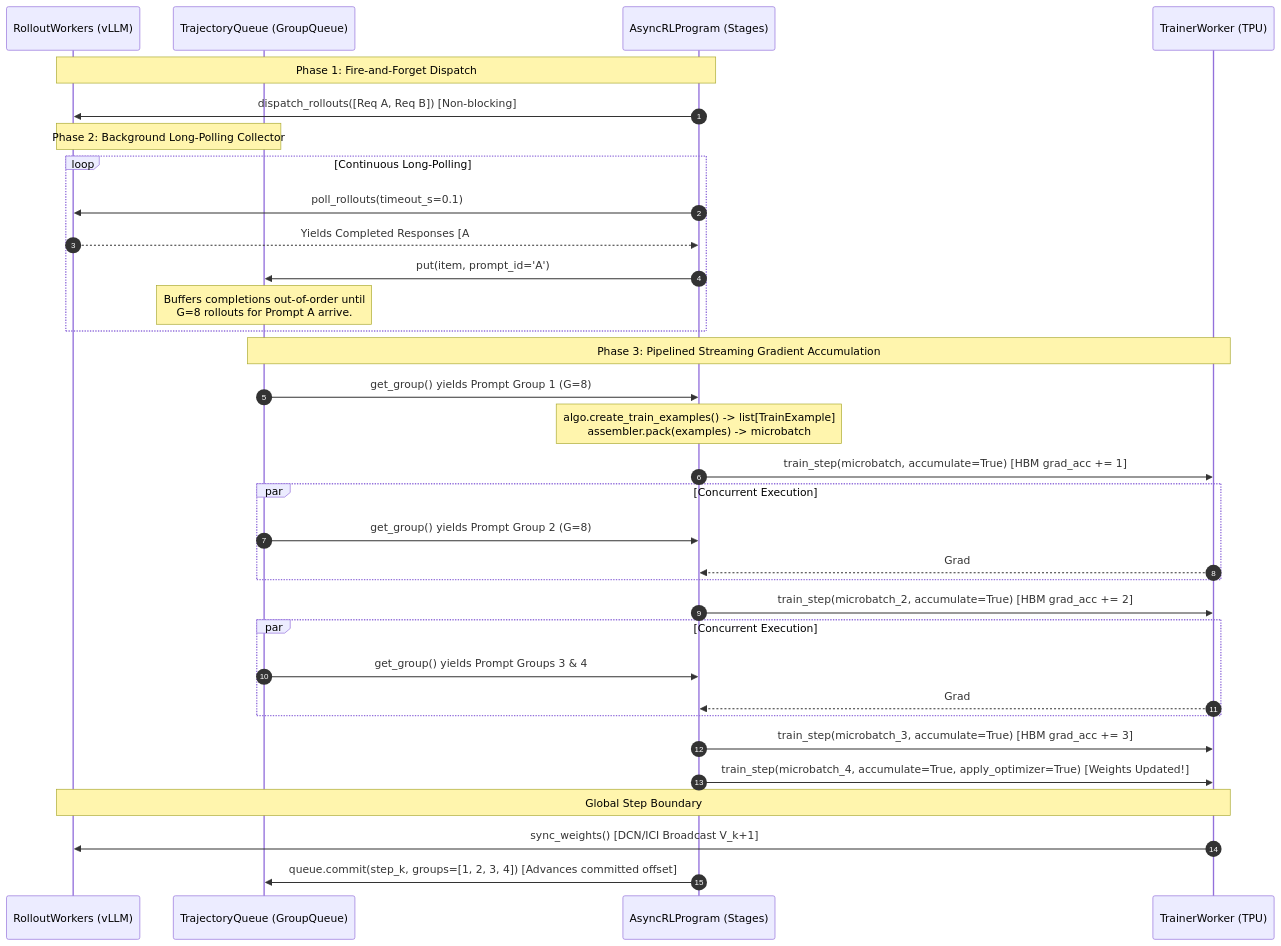
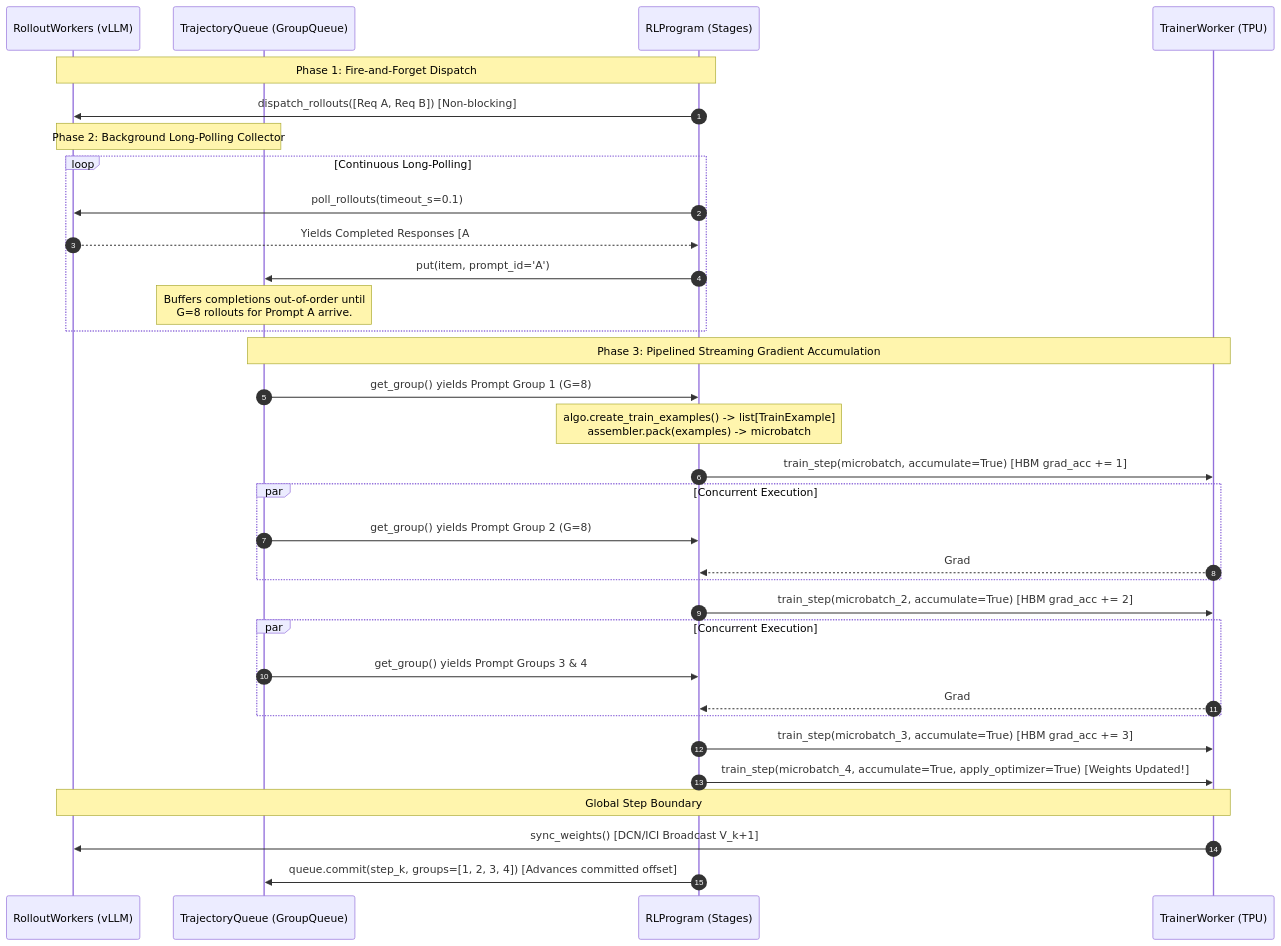
The fourth of 6 diagrams in tunix/experimental/docs/orchestrator_plan_v2.md (google/tunix), drawn with Mermaid before and after one commit. The commit also changed other lines of this file and 7 other files, not shown here.

````diff
--- a/tunix/experimental/docs/orchestrator_plan_v2.md
+++ b/tunix/experimental/docs/orchestrator_plan_v2.md
@@ -135,43 +135,43 @@
 ```mermaid
 sequenceDiagram
     autonumber
     participant RW as RolloutWorkers (vLLM)
     participant Q as TrajectoryQueue (GroupQueue)
-    participant Prog as AsyncRLProgram (Stages)
+    participant Prog as RLProgram (Stages)
     participant TW as TrainerWorker (TPU)
 
     Note over Prog,RW: Phase 1: Fire-and-Forget Dispatch
     Prog->>RW: dispatch_rollouts([Req A, Req B]) [Non-blocking]
 
     Note over RW,Q: Phase 2: Background Long-Polling Collector
     loop Continuous Long-Polling
         Prog->>RW: poll_rollouts(timeout_s=0.1)
         RW-->>Prog: Yields Completed Responses [A#1, B#1, A#2, ...]
         Prog->>Q: put(item, prompt_id='A')
         Note over Q: Buffers completions out-of-order until<br/>G=8 rollouts for Prompt A arrive.
     end
 
     Note over Q,TW: Phase 3: Pipelined Streaming Gradient Accumulation
     Q->>Prog: get_group() yields Prompt Group 1 (G=8)
     Note over Prog: algo.create_train_examples() -> list[TrainExample]<br/>assembler.pack(examples) -> microbatch
     Prog->>TW: train_step(microbatch, accumulate=True) [HBM grad_acc += 1]
 
     par Concurrent Execution
         Q->>Prog: get_group() yields Prompt Group 2 (G=8)
         TW-->>Prog: Grad #1 Complete
     end
 
     Prog->>TW: train_step(microbatch_2, accumulate=True) [HBM grad_acc += 2]
 
     par Concurrent Execution
         Q->>Prog: get_group() yields Prompt Groups 3 & 4
         TW-->>Prog: Grad #2 Complete
     end
 
     Prog->>TW: train_step(microbatch_3, accumulate=True) [HBM grad_acc += 3]
     Prog->>TW: train_step(microbatch_4, accumulate=True, apply_optimizer=True) [Weights Updated!]
 
     Note over TW,RW: Global Step Boundary
     TW->>RW: sync_weights() [DCN/ICI Broadcast V_k+1]
     Prog->>Q: queue.commit(step_k, groups=[1, 2, 3, 4]) [Advances committed offset]
 ```
````
